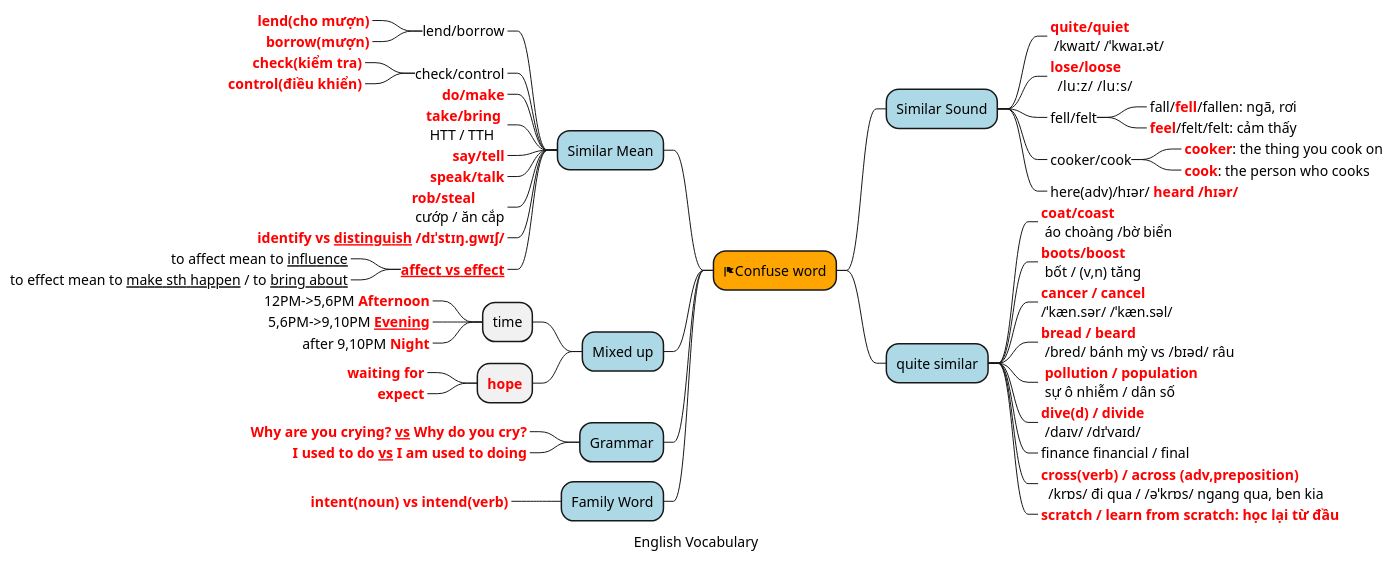
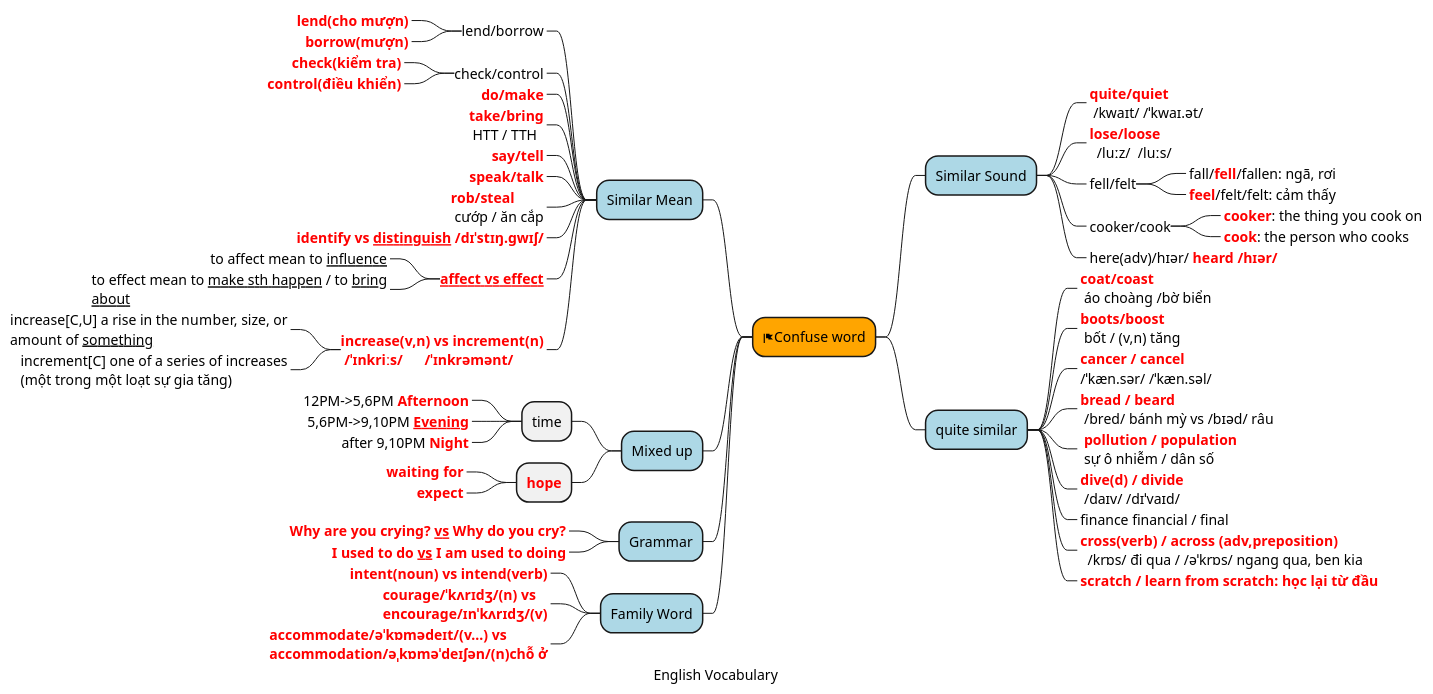
The diagram in src/English/FirstPhrase01/12_Grammar_03_confuse_word.puml (thanhnv2210/MyPlantuml), drawn with PlantUML before and after one commit. The commit also changed 9 other files, not shown here.

```diff
--- a/src/English/FirstPhrase01/12_Grammar_03_confuse_word.puml
+++ b/src/English/FirstPhrase01/12_Grammar_03_confuse_word.puml
@@ -1,65 +1,73 @@
 @startmindmap
 caption English Vocabulary
 'title Human
+skinparam {
+    wrapWidth 300
+}
 
 *[#Orange] <&flag>Confuse word
 
 **[#lightblue] Similar Sound
 ***_ <b><color:red>quite/quiet \n /kwaɪt/ /ˈkwaɪ.ət/
 ***_ <b><color:red>lose/loose \n  /luːz/  /luːs/
 ***_ fell/felt
 ****_ fall/<b><color:red>fell</b>/fallen: ngã, rơi
 ****_ <b><color:red>feel</b>/felt/felt: cảm thấy
 ***_ cooker/cook
 ****_ <b><color:red>cooker</b>: the thing you cook on
 ****_ <b><color:red>cook</b>: the person who cooks
 ***_ here(adv)/hɪər/ <b><color:red>heard /hɪər/
 
 left side
 **[#lightblue] Similar Mean
 ***_ lend/borrow
 ****_ <b><color:red>lend(cho mượn)
 ****_ <b><color:red>borrow(mượn)
 ***_ check/control
 ****_ <b><color:red>check(kiểm tra)
 ****_ <b><color:red>control(điều khiển)
 
 ***_ <b><color:red>do/make
 ***_ <b><color:red>take/bring \n HTT / TTH
 ***_ <b><color:red>say/tell
 ***_ <b><color:red>speak/talk
 ***_ <b><color:red>rob/steal \n cướp / ăn cắp
 ***_ <b><color:red>identify vs __distinguish__ /dɪˈstɪŋ.ɡwɪʃ/
 ***_ <b><color:red>__affect vs effect__
 ****_ to affect mean to __influence__
 ****_ to effect mean to __make sth happen__ / to __bring about__
+***_ <b><color:red>increase(v,n) vs increment(n)\n <b><color:red>/ˈɪnkriːs/      /ˈɪnkrəmənt/
+****_ increase[C,U] a rise in the number, size, or amount of __something__
+****_ increment[C] one of a series of increases (một trong một loạt sự gia tăng)
 
 **[#lightblue] Mixed up
 *** time
 ****_ 12PM->5,6PM<b><color:red> Afternoon
 ****_ 5,6PM->9,10PM<b><color:red> __Evening__
 ****_ after 9,10PM<b><color:red> Night
 *** <b><color:red>hope
 ****_ <b><color:red>waiting for
 ****_ <b><color:red>expect
 
 right side
 **[#lightblue] quite similar
 ***_ <b><color:red>coat/coast \n áo choàng /bờ biển
 ***_ <b><color:red>boots/boost \n bốt / (v,n) tăng
 ***_ <b><color:red>cancer / cancel \n/ˈkæn.sər/ /ˈkæn.səl/
 ***_ <b><color:red>bread / beard \n /bred/ bánh mỳ vs /bɪəd/ râu
 ***_ <b><color:red> pollution / population \n sự ô nhiễm / dân số
 ***_ <b><color:red>dive(d) / divide \n /daɪv/ /dɪˈvaɪd/
 ***_ finance financial / final
 ***_ <b><color:red>cross(verb) / across (adv,preposition) \n  /krɒs/ đi qua / /əˈkrɒs/ ngang qua, ben kia
 ***_ <b><color:red>scratch / learn from scratch: học lại từ đầu
 
 left side
 **[#lightblue] Grammar
 ***_ <b><color:red> Why are you crying? __vs__ Why do you cry?
 ***_ <b><color:red> I used to do __vs__ I am used to doing
 
 **[#lightblue] Family Word
 ***_ <b><color:red> intent(noun) vs intend(verb)
+***_ <b><color:red>courage/ˈkʌrɪdʒ/(n) vs encourage/ɪnˈkʌrɪdʒ/(v)
+***_ <b><color:red>accommodate/əˈkɒmədeɪt/(v...) vs accommodation/əˌkɒməˈdeɪʃən/(n)chỗ ở
 @endmindmap
```
